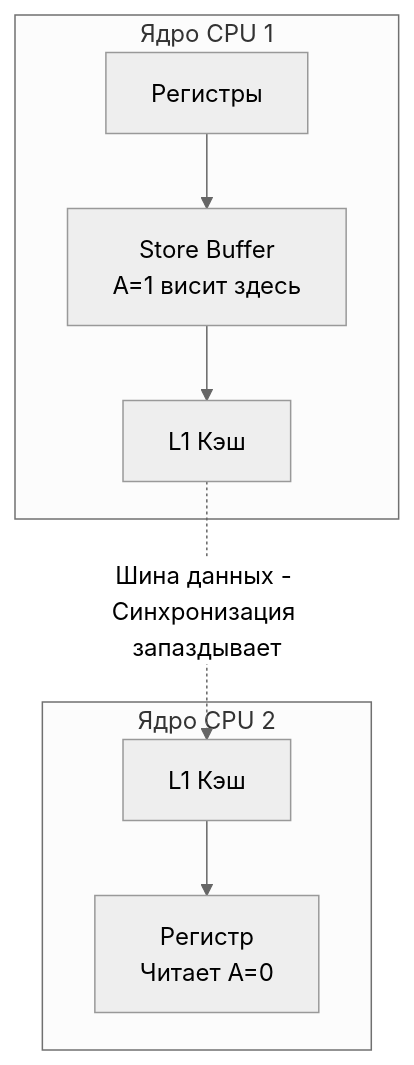
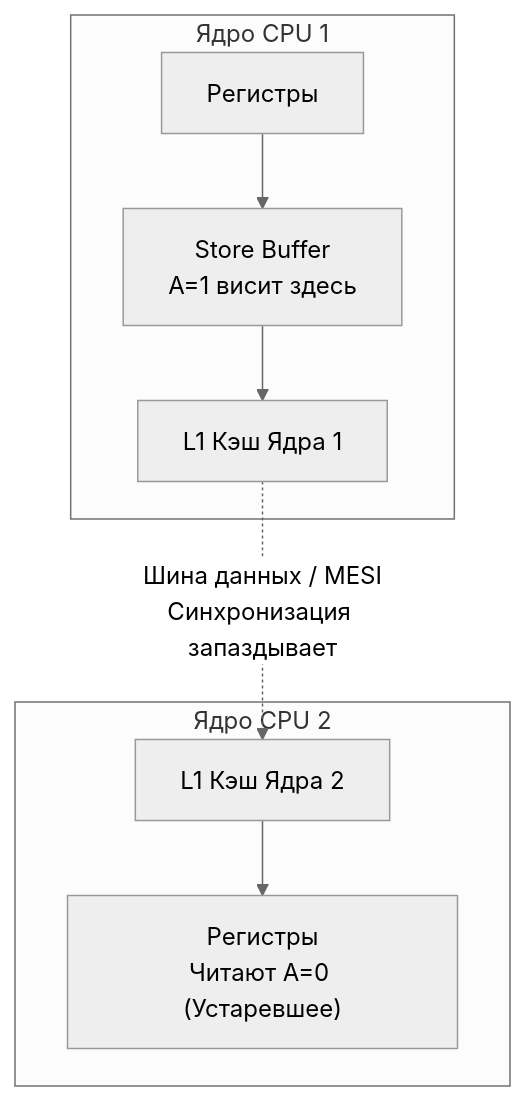
One commit to UnrealTemplier/go-textbook changed the first of 3 diagrams in sources/5. Учебник по Go (Основы и синтаксис)/42. Race Condition и Go Memory Model.md. Above: the diagram before and after it, drawn with Mermaid (neutral theme). The commit also changed other lines of this file, not shown here.

````diff
--- a/sources/5. Учебник по Go (Основы и синтаксис)/42. Race Condition и Go Memory Model.md
+++ b/sources/5. Учебник по Go (Основы и синтаксис)/42. Race Condition и Go Memory Model.md
@@ -26,13 +31,13 @@
 ```mermaid
 flowchart TD
     subgraph Core1 ["Ядро CPU 1"]
         Reg1["Регистры"] --> SB1["Store Buffer<br>A=1 висит здесь"]
-        SB1 --> L1_1["L1 Кэш"]
+        SB1 --> L1_1["L1 Кэш Ядра 1"]
     end
     
     subgraph Core2 ["Ядро CPU 2"]
-        L1_2["L1 Кэш"] --> Reg2["Регистр<br>Читает A=0"]
+        L1_2["L1 Кэш Ядра 2"] --> Reg2["Регистры<br>Читают A=0 (Устаревшее)"]
     end
     
-    L1_1 -.->|"Шина данных - Синхронизация запаздывает"| L1_2
+    L1_1 -.->|"Шина данных / MESI<br>Синхронизация запаздывает"| L1_2
 ```
````
